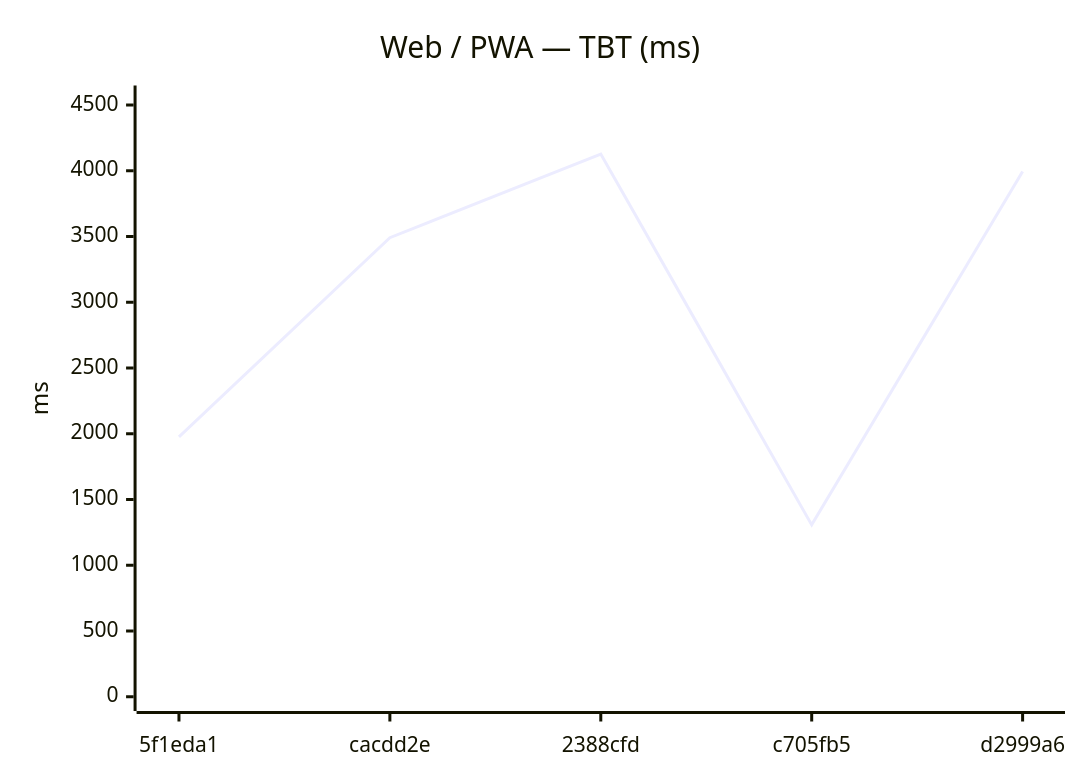
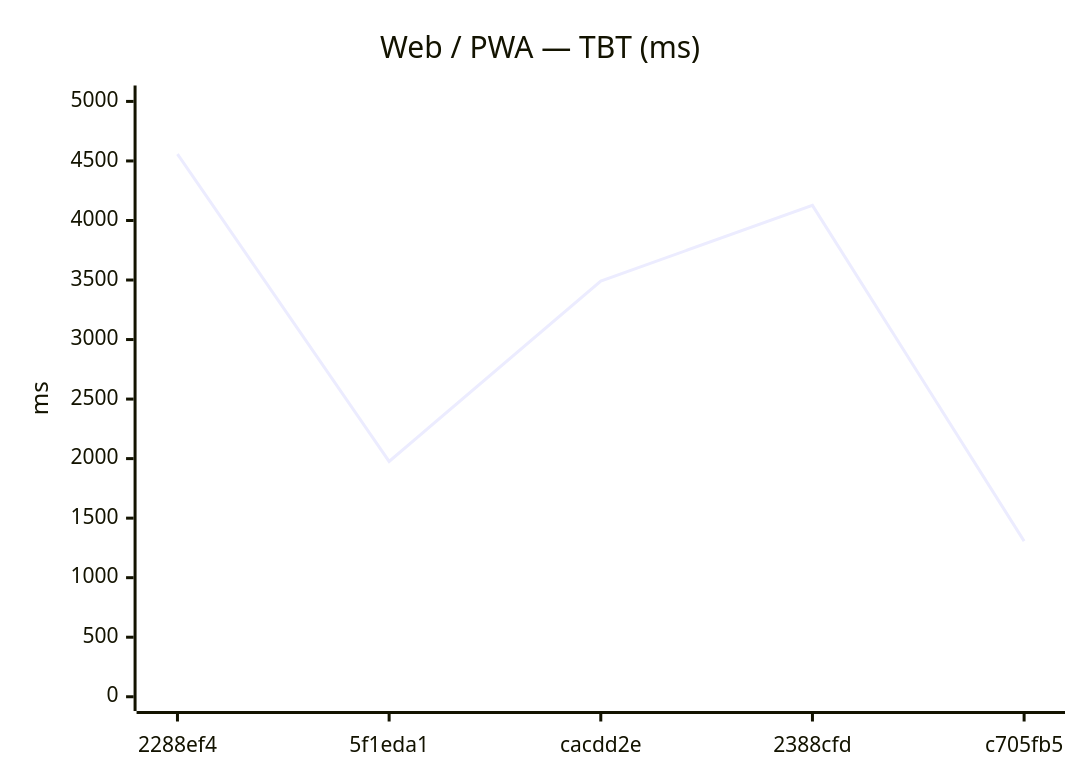
The sixth of 12 diagrams in benchmarks/compare.md (Metaheurist/Rianell), drawn with Mermaid before and after one commit. The commit also changed other lines of this file and 8 other files, not shown here.

````diff
--- a/benchmarks/compare.md
+++ b/benchmarks/compare.md
@@ -89,7 +89,7 @@
 ```mermaid
 xychart-beta
     title "Web / PWA — TBT (ms)"
-    x-axis ["5f1eda1", "cacdd2e", "2388cfd", "c705fb5", "d2999a6"]
-    y-axis "ms" 0 --> 4540
-    line [1976, 3491, 4127, 1307, 3994]
+    x-axis ["2288ef4", "5f1eda1", "cacdd2e", "2388cfd", "c705fb5"]
+    y-axis "ms" 0 --> 5014
+    line [4558, 1976, 3491, 4127, 1307]
 ```
````
